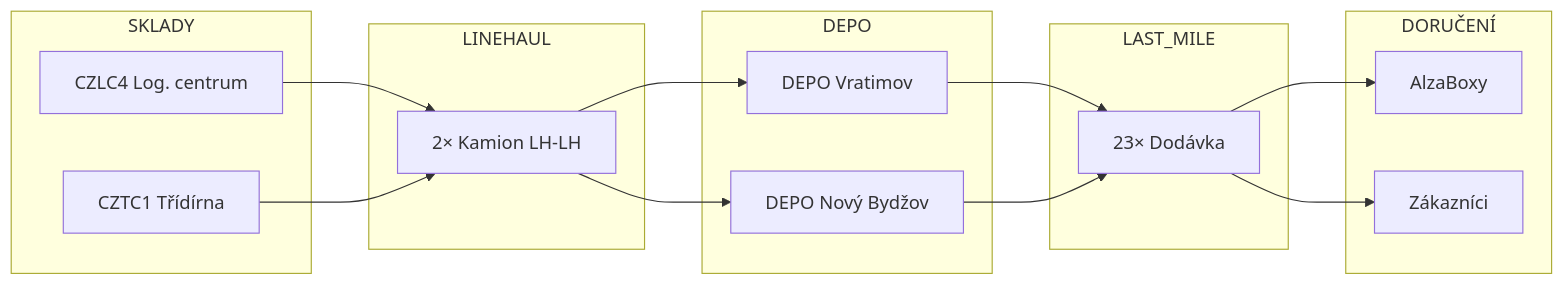
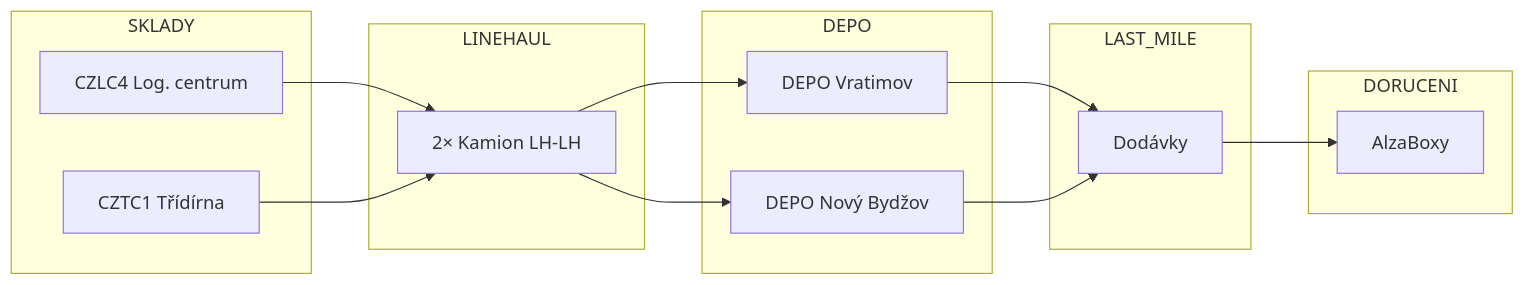
The fifth of 7 diagrams in docs/PROCESSES.md (JakubKrejcir/alza-cost-control), drawn with Mermaid before and after one commit. The commit also changed other lines of this file and 13 other files, not shown here.

````diff
--- a/docs/PROCESSES.md
+++ b/docs/PROCESSES.md
@@ -176,34 +169,32 @@
 ```mermaid
 flowchart LR
     subgraph SKLADY
         A[CZLC4 Log. centrum]
         B[CZTC1 Třídírna]
     end
     
     subgraph LINEHAUL
         C[2× Kamion LH-LH]
     end
     
     subgraph DEPO
         D[DEPO Vratimov]
         E[DEPO Nový Bydžov]
     end
     
     subgraph LAST_MILE
-        F[23× Dodávka]
+        F[Dodávky]
     end
     
-    subgraph DORUČENÍ
+    subgraph DORUCENI
         G[AlzaBoxy]
-        H[Zákazníci]
     end
     
     A --> C
     B --> C
     C --> D
     C --> E
     D --> F
     E --> F
     F --> G
-    F --> H
 ```
````
